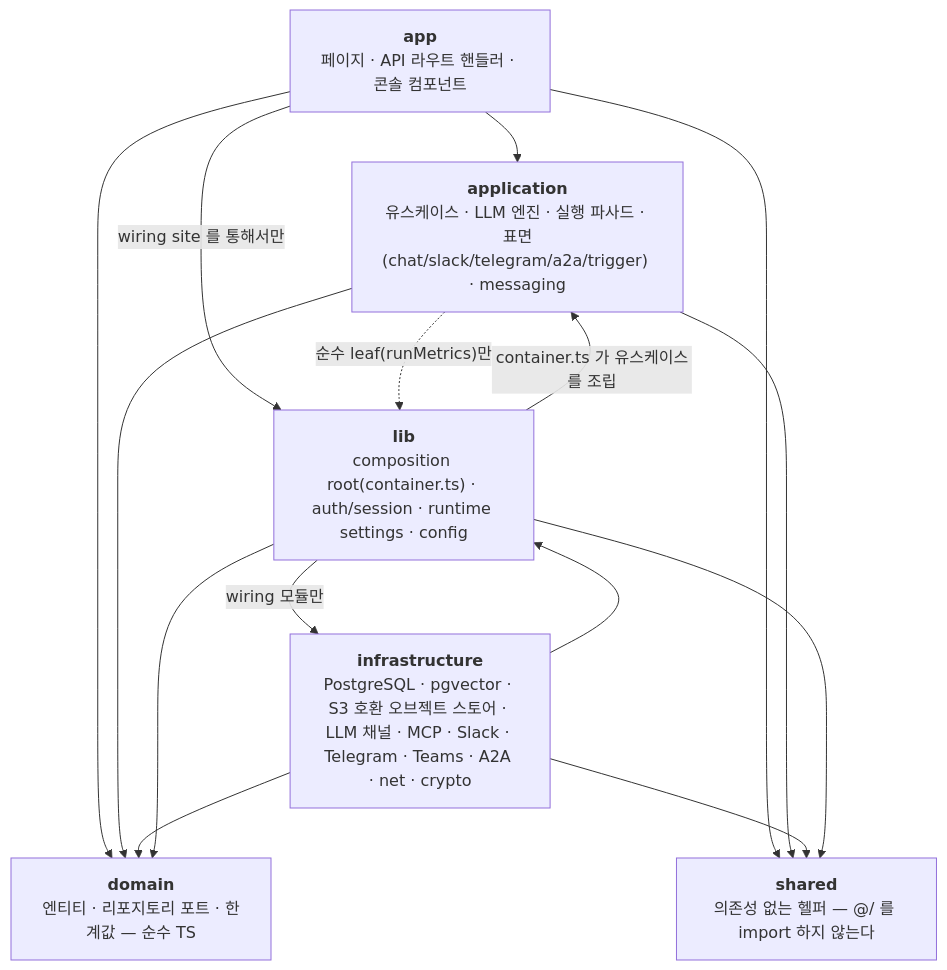
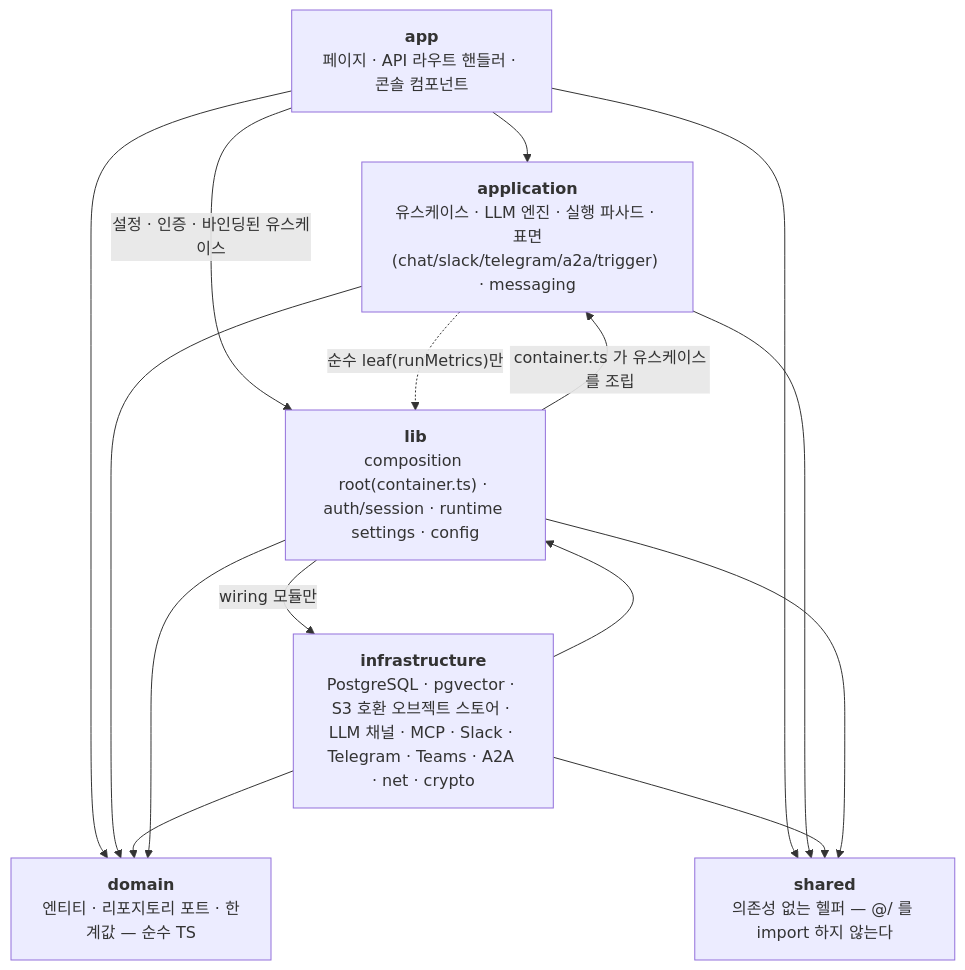
Before and after one commit to opspresso/agent-studio: the first of 9 diagrams in docs/DIAGRAMS.md, drawn with Mermaid. The commit also changed other lines of this file and 27 other files, not shown here.

````diff
--- a/docs/DIAGRAMS.md
+++ b/docs/DIAGRAMS.md
@@ -11,24 +11,24 @@
 ```mermaid
 flowchart TB
   app["<b>app</b><br/>페이지 · API 라우트 핸들러 · 콘솔 컴포넌트"]
   application["<b>application</b><br/>유스케이스 · LLM 엔진 · 실행 파사드 · 표면(chat/slack/telegram/a2a/trigger) · messaging"]
   domain["<b>domain</b><br/>엔티티 · 리포지토리 포트 · 한계값 — 순수 TS"]
   infrastructure["<b>infrastructure</b><br/>PostgreSQL · pgvector · S3 호환 오브젝트 스토어 · LLM 채널 · MCP · Slack · Telegram · Teams · A2A · net · crypto"]
   lib["<b>lib</b><br/>composition root(container.ts) · auth/session · runtime settings · config"]
   shared["<b>shared</b><br/>의존성 없는 헬퍼 — @/ 를 import 하지 않는다"]
 
   app --> application
   app --> domain
   application --> domain
   infrastructure --> domain
   infrastructure --> lib
-  app -->|"wiring site 를 통해서만"| lib
+  app -->|"설정 · 인증 · 바인딩된 유스케이스"| lib
   lib --> domain
   lib -->|"container.ts 가 유스케이스를 조립"| application
   lib -->|"wiring 모듈만"| infrastructure
   application -.->|"순수 leaf(runMetrics)만"| lib
   app --> shared
   application --> shared
   infrastructure --> shared
   lib --> shared
 ```
````
